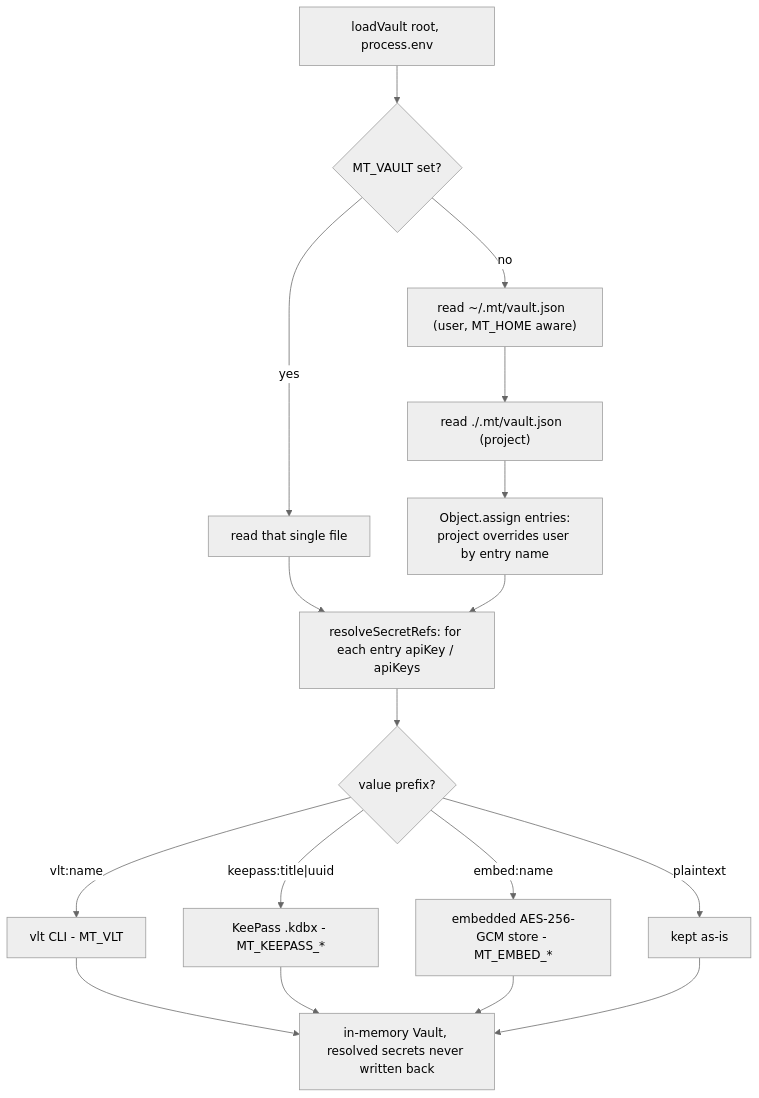
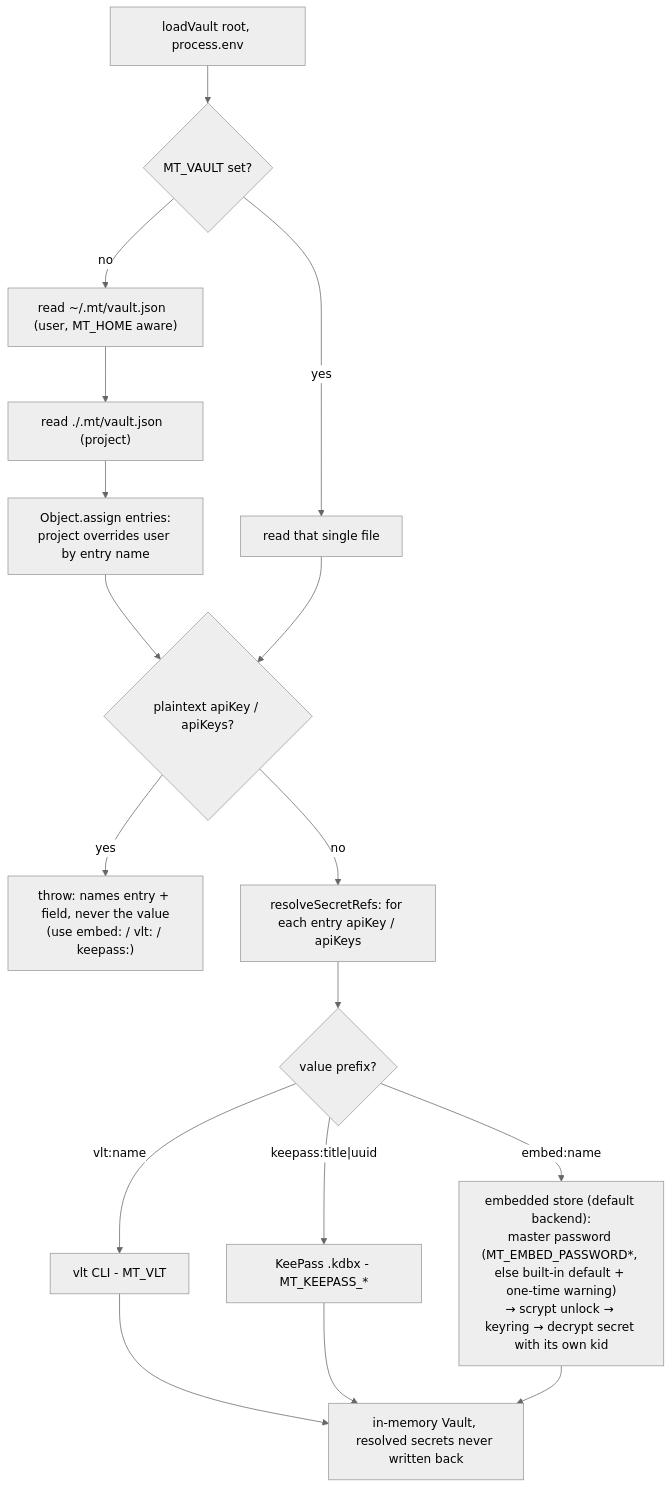
Before and after one commit to gleb619/machinum-pipeline: the second of 6 diagrams in docs/guiding/lifecycle.md, drawn with Mermaid (neutral theme). The commit also changed other lines of this file and 1 other file, not shown here.

Commit message:
chore: ignore sample2 chapter output; docs(lifecycle): clarify vault secret resolution

````diff
--- a/docs/guiding/lifecycle.md
+++ b/docs/guiding/lifecycle.md
@@ -124,16 +124,17 @@
 ```mermaid
 flowchart TD
   S[loadVault root, process.env] --> P{MT_VAULT set?}
   P -- yes --> F1[read that single file]
   P -- no --> F2["read ~/.mt/vault.json  (user, MT_HOME aware)"]
   F2 --> F3["read ./.mt/vault.json  (project)"]
   F3 --> M["Object.assign entries:<br/>project overrides user by entry name"]
-  F1 --> R
-  M --> R[resolveSecretRefs: for each entry apiKey / apiKeys]
+  M --> C{"plaintext apiKey / apiKeys?"}
+  F1 --> C
+  C -- yes --> ERR["throw: names entry + field, never the value<br/>(use embed: / vlt: / keepass:)"]
+  C -- no --> R[resolveSecretRefs: for each entry apiKey / apiKeys]
   R --> V{value prefix?}
   V -- "vlt:name" --> V1[vlt CLI - MT_VLT]
   V -- "keepass:title|uuid" --> V2[KeePass .kdbx - MT_KEEPASS_*]
-  V -- "embed:name" --> V3[embedded AES-256-GCM store - MT_EMBED_*]
-  V -- plaintext --> V4[kept as-is]
-  V1 & V2 & V3 & V4 --> OUT[in-memory Vault, resolved secrets never written back]
+  V -- "embed:name" --> V3["embedded store (default backend):<br/>master password (MT_EMBED_PASSWORD*, else built-in default + one-time warning)<br/>→ scrypt unlock → keyring → decrypt secret with its own kid"]
+  V1 & V2 & V3 --> OUT[in-memory Vault, resolved secrets never written back]
 ```
````
